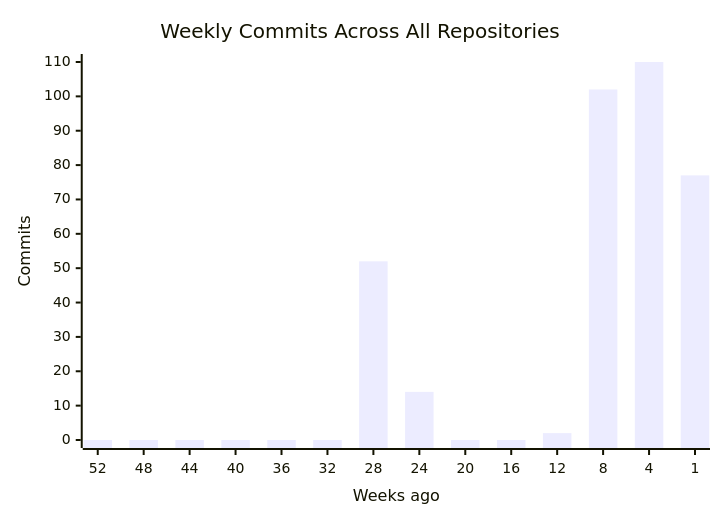
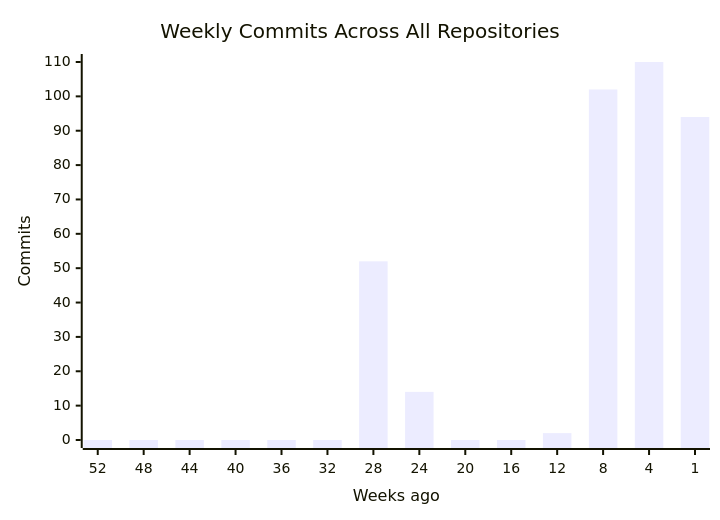
Before and after one commit to CSTH-Projects/.github: the first of 4 diagrams in profile/README.md, drawn with Mermaid. The commit also changed other lines of this file, not shown here.

````diff
--- a/profile/README.md
+++ b/profile/README.md
@@ -16,7 +16,7 @@
 ```mermaid
 xychart-beta
     title "Weekly Commits Across All Repositories"
     x-axis "Weeks ago" [52, 48, 44, 40, 36, 32, 28, 24, 20, 16, 12, 8, 4, 1]
     y-axis "Commits"
-    bar [0, 0, 0, 0, 0, 0, 52, 14, 0, 0, 2, 102, 110, 77]
+    bar [0, 0, 0, 0, 0, 0, 52, 14, 0, 0, 2, 102, 110, 94]
 ```
````
